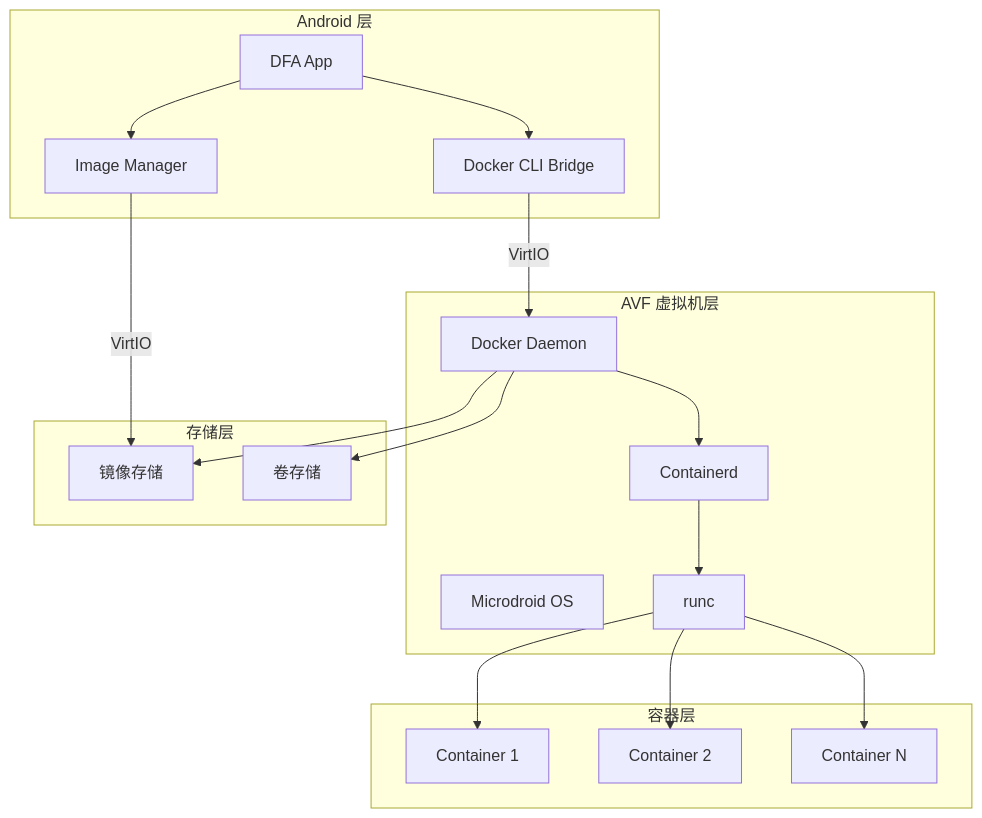
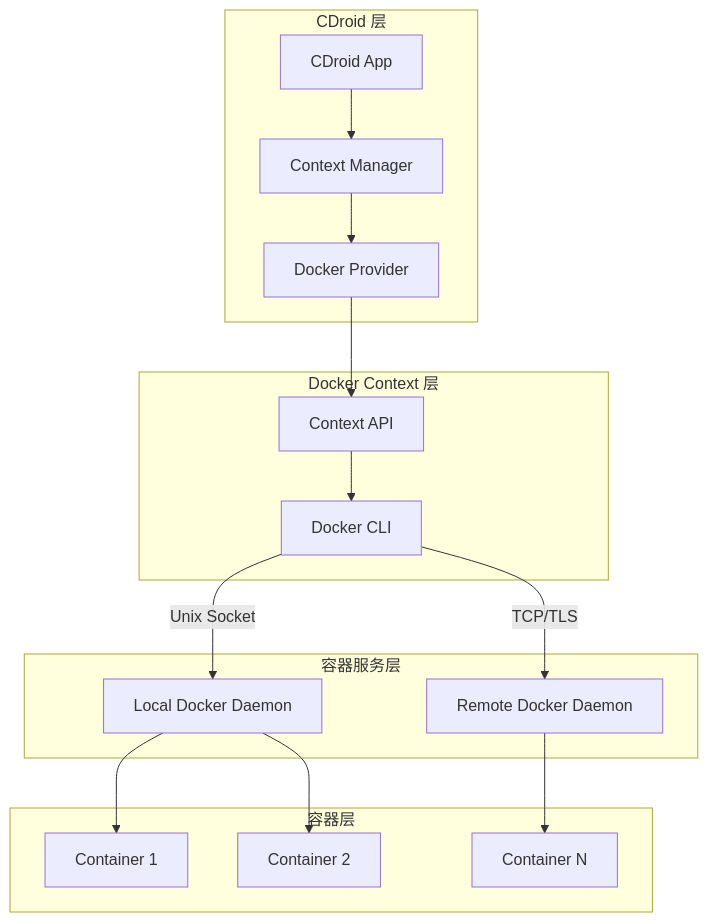
One commit to LineCatOvO/DFA changed the second of 7 diagrams in docs/DOCKER-INTEGRATION.md. Above: the diagram before and after it, drawn with Mermaid. The commit also changed other lines of this file and 25 other files, not shown here.

````diff
--- a/docs/DOCKER-INTEGRATION.md
+++ b/docs/DOCKER-INTEGRATION.md
@@ -63,40 +60,36 @@
 ```mermaid
 graph TB
-    subgraph "Android 层"
-        A[DFA App]
-        B[Docker CLI Bridge]
-        C[Image Manager]
+    subgraph "CDroid 层"
+        A[CDroid App]
+        B[Context Manager]
+        C[Docker Provider]
     end
     
-    subgraph "AVF 虚拟机层"
-        D[Microdroid OS]
-        E[Docker Daemon]
-        F[Containerd]
-        G[runc]
+    subgraph "Docker Context 层"
+        D[Context API]
+        E[Docker CLI]
+    end
+    
+    subgraph "容器服务层"
+        F[Local Docker Daemon]
+        G[Remote Docker Daemon]
     end
     
     subgraph "容器层"
         H[Container 1]
         I[Container 2]
         J[Container N]
     end
     
-    subgraph "存储层"
-        K[镜像存储]
-        L[卷存储]
-    end
+    A --> B
+    B --> C
+    C --> D
+    D --> E
     
-    A --> B
-    A --> C
-    B -->|VirtIO| E
-    C -->|VirtIO| K
+    E -->|Unix Socket| F
+    E -->|TCP/TLS| G
     
-    E --> F
-    F --> G
-    G --> H
-    G --> I
+    F --> H
+    F --> I
     G --> J
-    
-    E --> K
-    E --> L
 ```
````
